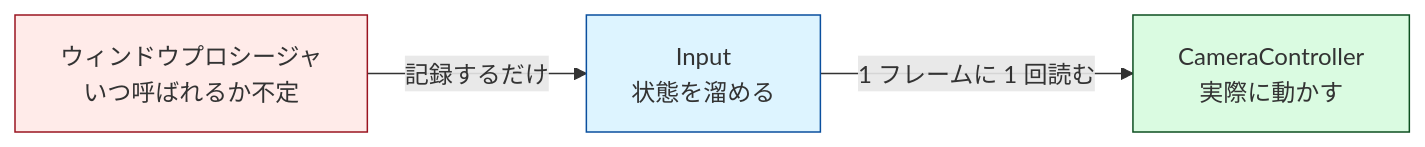
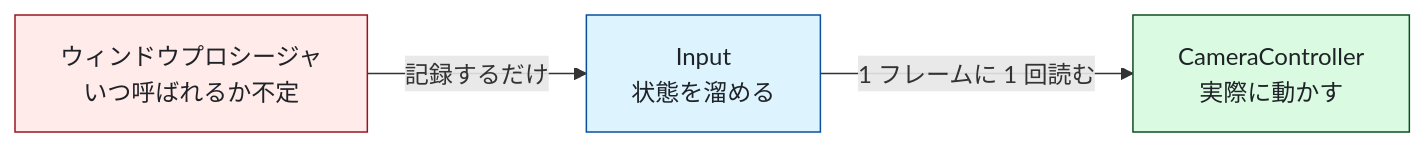
The diagram in docs/tutorial/14_操作する_入力とカメラ.md (Tomonorarari-Think/DirectX12Dev), drawn with Mermaid before and after one commit. The commit also changed 28 other files, not shown here.

First line of the commit message:
fix: 図の文字が暗色モードで読めなくなる問題を直す

````diff
--- a/docs/tutorial/14_操作する_入力とカメラ.md
+++ b/docs/tutorial/14_操作する_入力とカメラ.md
@@ -32,9 +32,9 @@
 ```mermaid
 flowchart LR
     W["ウィンドウプロシージャ<br/>いつ呼ばれるか不定"] -->|"記録するだけ"| I["Input<br/>状態を溜める"]
     I -->|"1 フレームに 1 回読む"| C["CameraController<br/>実際に動かす"]
 
-    style W fill:#ffebe9,stroke:#9a1420
-    style I fill:#ddf4ff,stroke:#0a4f9e
-    style C fill:#dafbe1,stroke:#0d4f21
+    style W fill:#ffebe9,stroke:#9a1420,color:#1f2328
+    style I fill:#ddf4ff,stroke:#0a4f9e,color:#1f2328
+    style C fill:#dafbe1,stroke:#0d4f21,color:#1f2328
 ```
````
